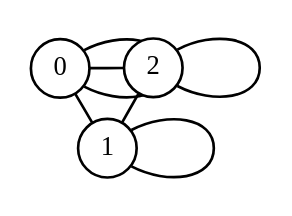
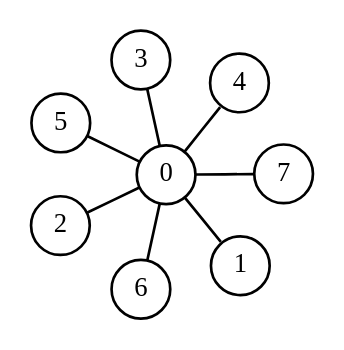
Before and after one commit to Aleph-2005/Estructuras-de-datos: the diagram in c_escom/Grafos/No dirigido/grafo.dot, drawn with Graphviz. The commit also changed 2 other files, not shown here.

```diff
--- a/c_escom/Grafos/No dirigido/grafo.dot
+++ b/c_escom/Grafos/No dirigido/grafo.dot
@@ -1,25 +1,26 @@
 graph G {
     layout=neato;
     overlap=false;
     splines=true;
     nodesep=0.4;
     ranksep=0.6;
     node [
         shape=circle,
         style=filled,
         fillcolor=white,
         color=black,
         fontcolor=black,
         fontsize=10,
         width=0.3,
         height=0.3,
         fixedsize=true
     ];
 
+    0 -- 7;
+    0 -- 6;
+    0 -- 5;
+    0 -- 4;
+    0 -- 3;
     0 -- 2;
     0 -- 1;
-    0 -- 0;
-    1 -- 2;
-    1 -- 1;
-    2 -- 2;
 }
```
